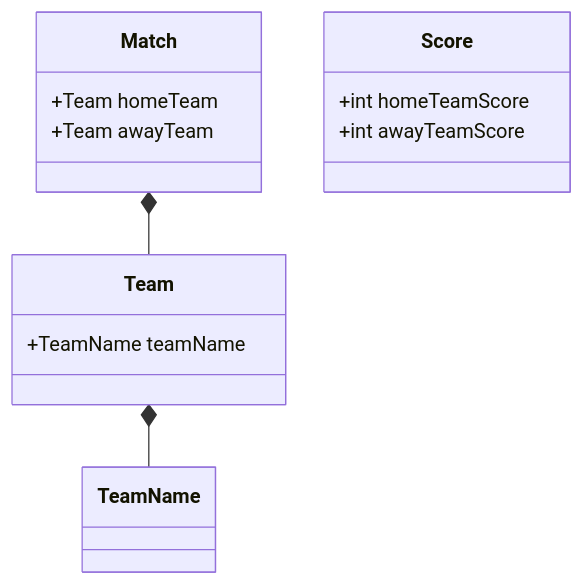
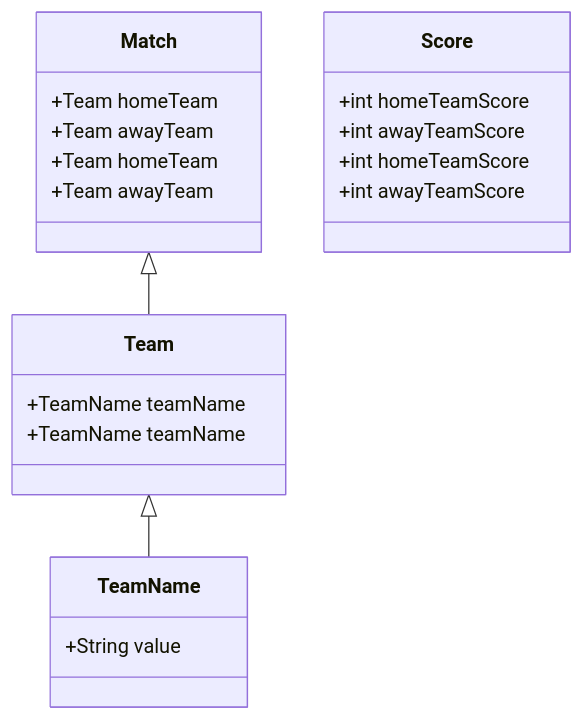
Before and after one commit to tvolkov/scoreboard-library: the diagram in README.md, drawn with Mermaid.

````diff
--- a/README.md
+++ b/README.md
@@ -6,11 +6,24 @@
 ```mermaid
 classDiagram
-      Match *-- Team
-      Team *-- TeamName
+      Match <|-- Team
+      Team <|-- TeamName
       Score : +int homeTeamScore
       Score : +int awayTeamScore
       Match : +Team homeTeam
       Match : +Team awayTeam
       Team : +TeamName teamName
-
+      class Match {
+          +Team homeTeam
+          +Team awayTeam
+      }
+      class Team {
+          +TeamName teamName
+      }
+      class TeamName {
+          +String value
+      }
+      class Score {
+           +int homeTeamScore
+           +int awayTeamScore
+      }
 ```
````
